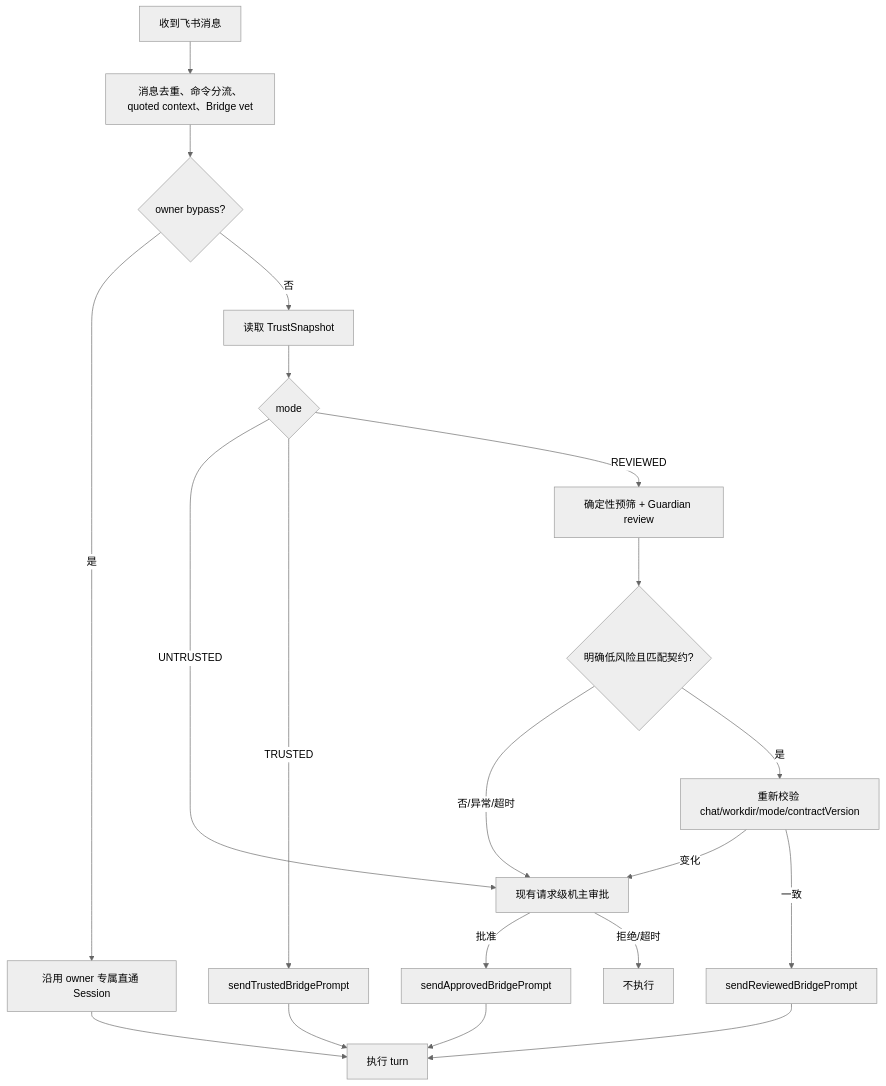
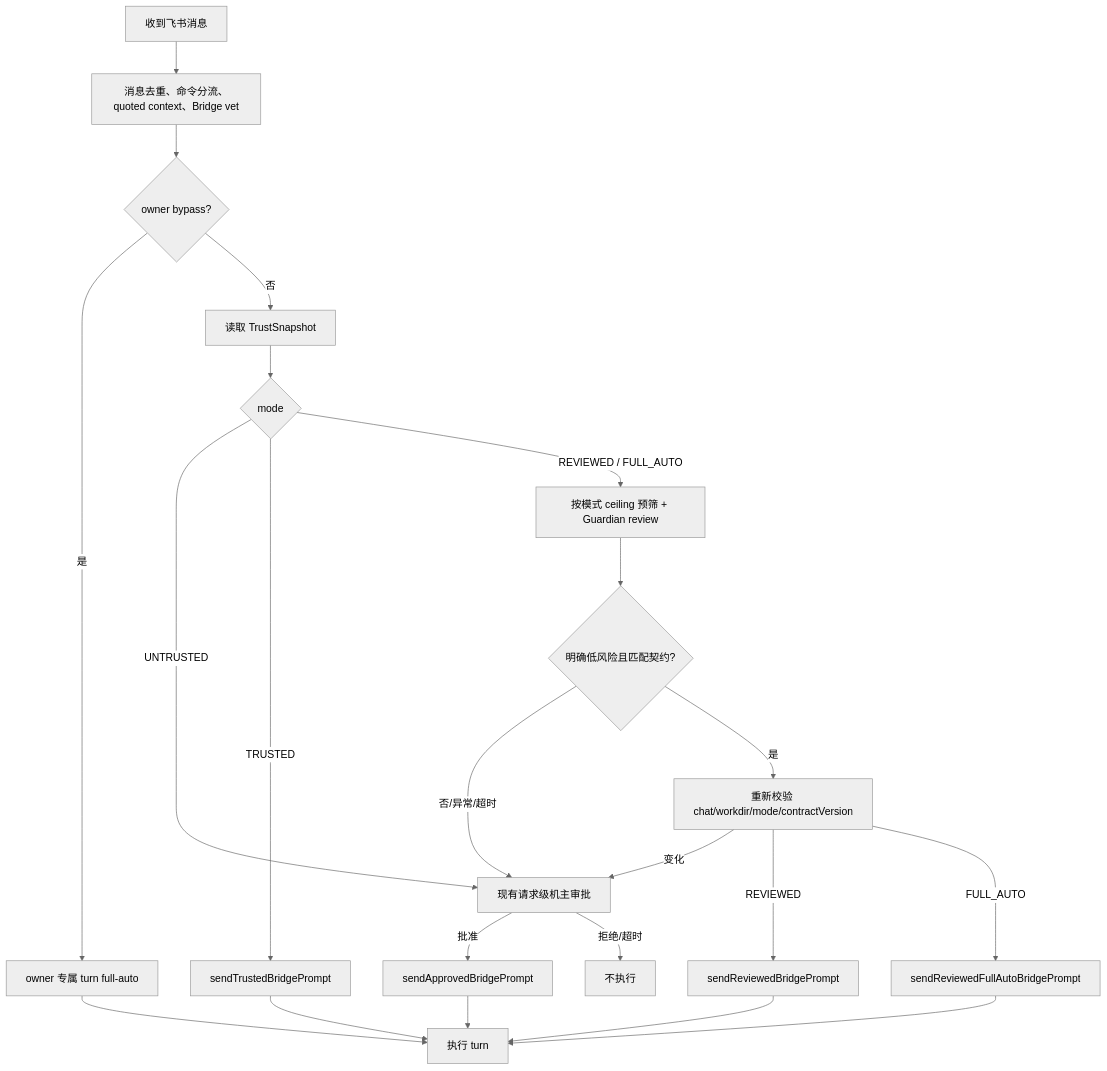
Before and after one commit to heypandax/pairlet: the diagram in docs/design/FEISHU-REVIEWED-TRUST.md, drawn with Mermaid (neutral theme). The commit also changed other lines of this file and 27 other files, not shown here.

First line of the commit message:
feat(daemon): add explicit bridge full-auto mode

````diff
--- a/docs/design/FEISHU-REVIEWED-TRUST.md
+++ b/docs/design/FEISHU-REVIEWED-TRUST.md
@@ -376,22 +415,24 @@
 ```mermaid
 flowchart TD
     A["收到飞书消息"] --> B["消息去重、命令分流、quoted context、Bridge vet"]
     B --> C{"owner bypass?"}
-    C -->|"是"| OB["沿用 owner 专属直通 Session"]
+    C -->|"是"| OB["owner 专属 turn full-auto"]
     C -->|"否"| S["读取 TrustSnapshot"]
     S --> M{"mode"}
     M -->|"UNTRUSTED"| H["现有请求级机主审批"]
     M -->|"TRUSTED"| T["sendTrustedBridgePrompt"]
-    M -->|"REVIEWED"| P["确定性预筛 + Guardian review"]
+    M -->|"REVIEWED / FULL_AUTO"| P["按模式 ceiling 预筛 + Guardian review"]
     P --> V{"明确低风险且匹配契约?"}
     V -->|"否/异常/超时"| H
     V -->|"是"| R["重新校验 chat/workdir/mode/contractVersion"]
     R -->|"变化"| H
-    R -->|"一致"| G["sendReviewedBridgePrompt"]
+    R -->|"REVIEWED"| G["sendReviewedBridgePrompt"]
+    R -->|"FULL_AUTO"| F["sendReviewedFullAutoBridgePrompt"]
     H -->|"批准"| O["sendApprovedBridgePrompt"]
     H -->|"拒绝/超时"| X["不执行"]
     OB --> E["执行 turn"]
     T --> E
     G --> E
+    F --> E
     O --> E
 ```
````
